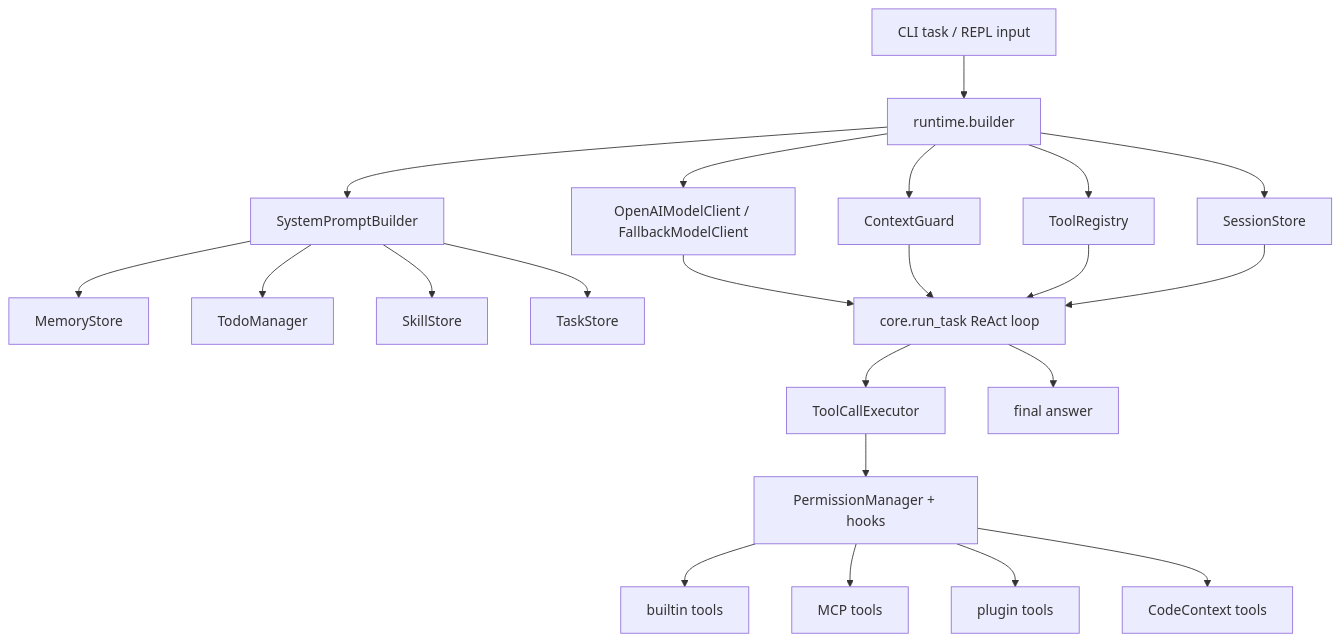
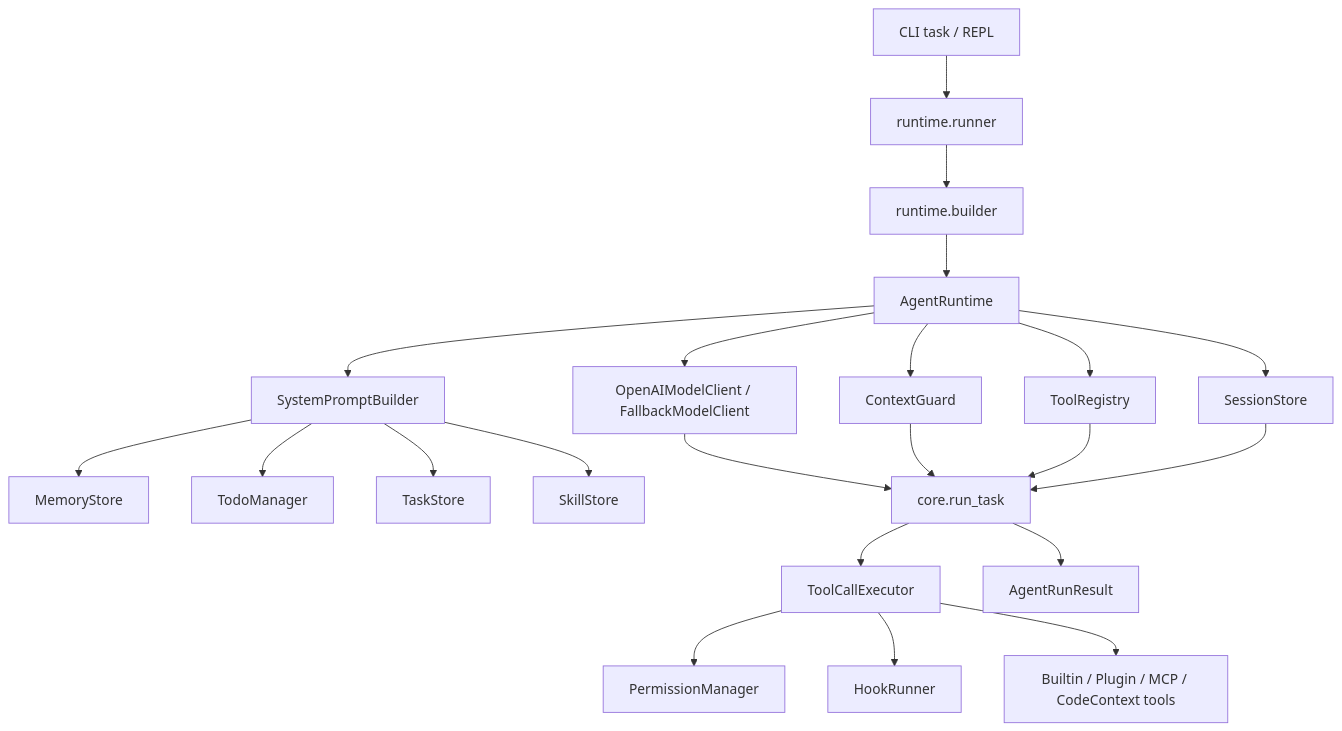
The diagram in README.md (dahuangggg/zx-code), drawn with Mermaid before and after one commit. The commit also changed other lines of this file, not shown here.

````diff
--- a/README.md
+++ b/README.md
@@ -66,28 +195,28 @@
 ```mermaid
 flowchart TD
-    CLI["CLI task / REPL input"] --> Runtime["runtime.builder"]
+    CLI["CLI task / REPL"] --> Runner["runtime.runner"]
+    Runner --> Builder["runtime.builder"]
+    Builder --> Runtime["AgentRuntime"]
+
     Runtime --> Prompt["SystemPromptBuilder"]
     Runtime --> Context["ContextGuard"]
     Runtime --> Model["OpenAIModelClient / FallbackModelClient"]
-    Runtime --> Tools["ToolRegistry"]
-    Runtime --> Store["SessionStore"]
+    Runtime --> Registry["ToolRegistry"]
+    Runtime --> Sessions["SessionStore"]
 
     Prompt --> Memory["MemoryStore"]
-    Prompt --> Todo["TodoManager"]
+    Prompt --> Todos["TodoManager"]
+    Prompt --> Tasks["TaskStore"]
     Prompt --> Skills["SkillStore"]
-    Prompt --> Tasks["TaskStore"]
 
-    Model --> Loop["core.run_task ReAct loop"]
+    Model --> Loop["core.run_task"]
     Context --> Loop
-    Tools --> Loop
-    Store --> Loop
+    Registry --> Loop
+    Sessions --> Loop
 
     Loop --> Executor["ToolCallExecutor"]
-    Executor --> Permission["PermissionManager + hooks"]
-    Permission --> Builtins["builtin tools"]
-    Permission --> MCP["MCP tools"]
-    Permission --> Plugins["plugin tools"]
-    Permission --> CodeContext["CodeContext tools"]
-
-    Loop --> Reply["final answer"]
+    Executor --> Permissions["PermissionManager"]
+    Executor --> Hooks["HookRunner"]
+    Executor --> Tools["Builtin / Plugin / MCP / CodeContext tools"]
+    Loop --> Result["AgentRunResult"]
 ```
````
